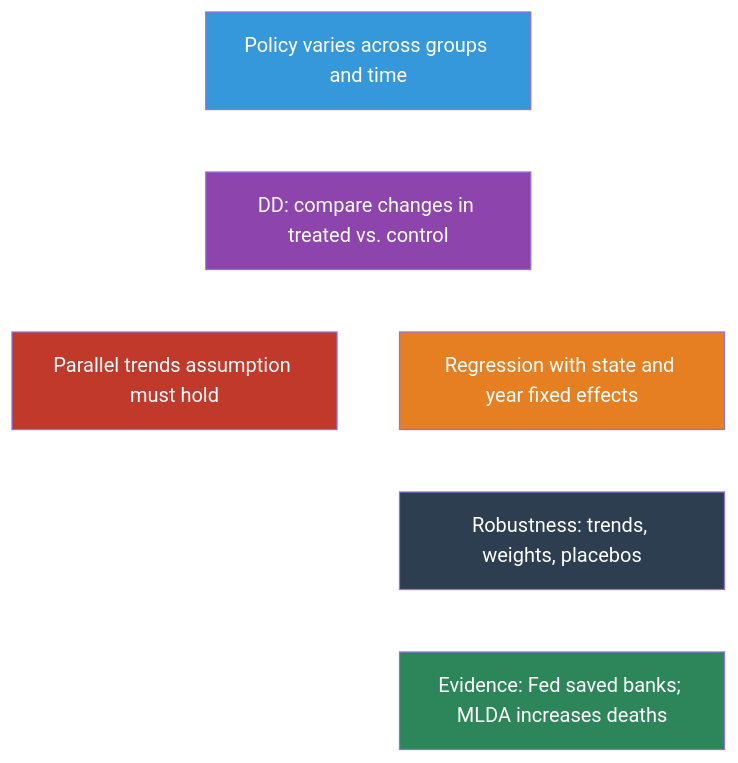
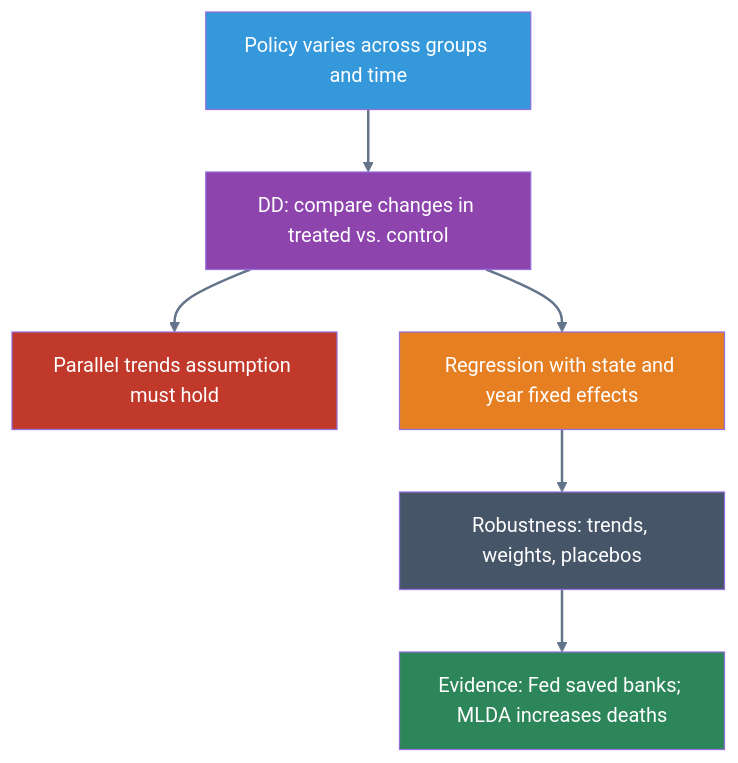
One commit to cmg777/intro2causal changed the third of 3 diagrams in book/notebooks_quarto/05-differences-in-differences.qmd. Above: the diagram before and after it, drawn with Mermaid. The commit also changed other lines of this file and 5 other files, not shown here.

First line of the commit message:
Fix mermaid diagram colors for dark/light theme visibility

````diff
--- a/book/notebooks_quarto/05-differences-in-differences.qmd
+++ b/book/notebooks_quarto/05-differences-in-differences.qmd
@@ -406,26 +406,26 @@
 ```{mermaid}
 %%| label: fig-concept-map
 %%| fig-cap: "How the key concepts of Chapter 5 connect"
 
 graph TD
     Q["Policy varies across groups and time"]
     DD["DD: compare changes in treated vs. control"]
     PT["Parallel trends assumption must hold"]
     FE["Regression with state and year fixed effects"]
     ROB["Robustness: trends, weights, placebos"]
     EV["Evidence: Fed saved banks; MLDA increases deaths"]
 
     Q --> DD
     DD --> PT
     DD --> FE
     FE --> ROB
     ROB --> EV
 
     style Q fill:#3498db,color:#fff
     style DD fill:#8e44ad,color:#fff
     style PT fill:#c0392b,color:#fff
     style FE fill:#e67e22,color:#fff
-    style ROB fill:#2c3e50,color:#fff
+    style ROB fill:#475569,color:#fff
     style EV fill:#2d8659,color:#fff
-    linkStyle default stroke:#fff,stroke-width:2px
+    linkStyle default stroke:#64748b,stroke-width:2px
 ```
````
